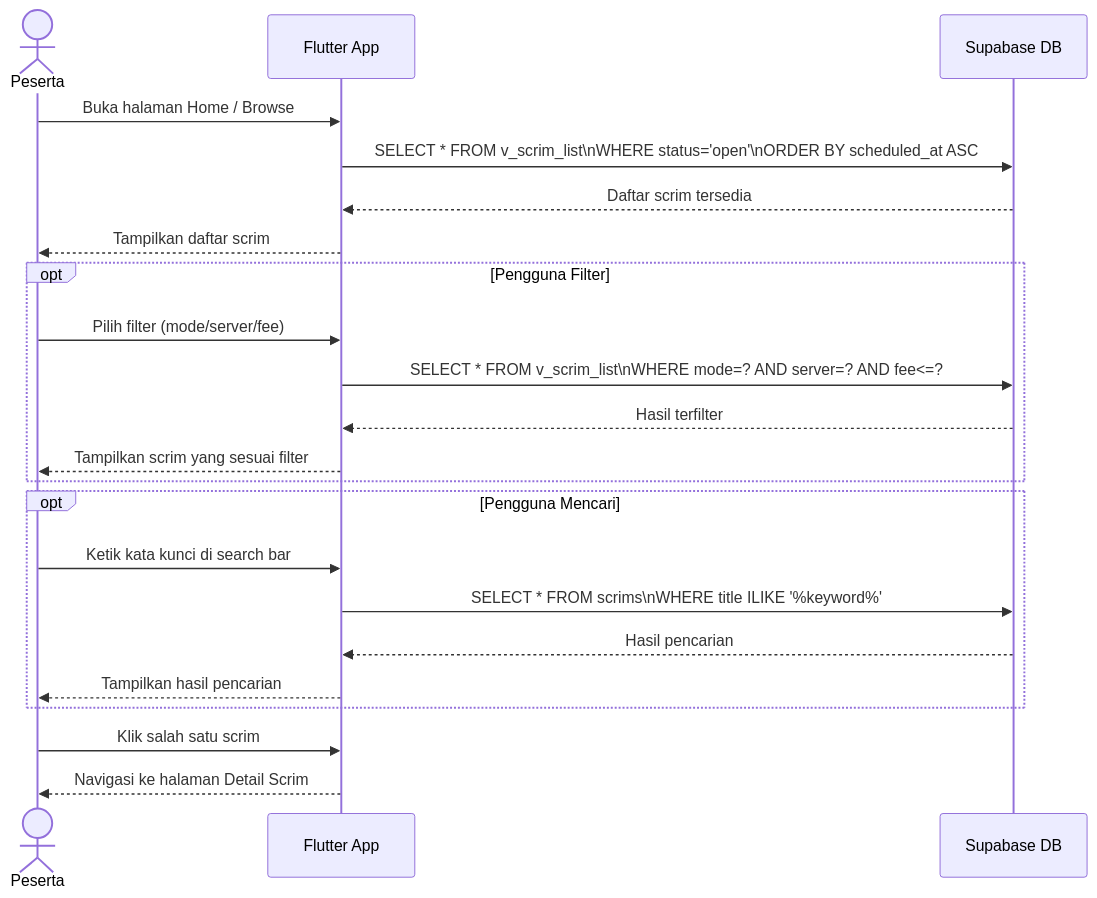
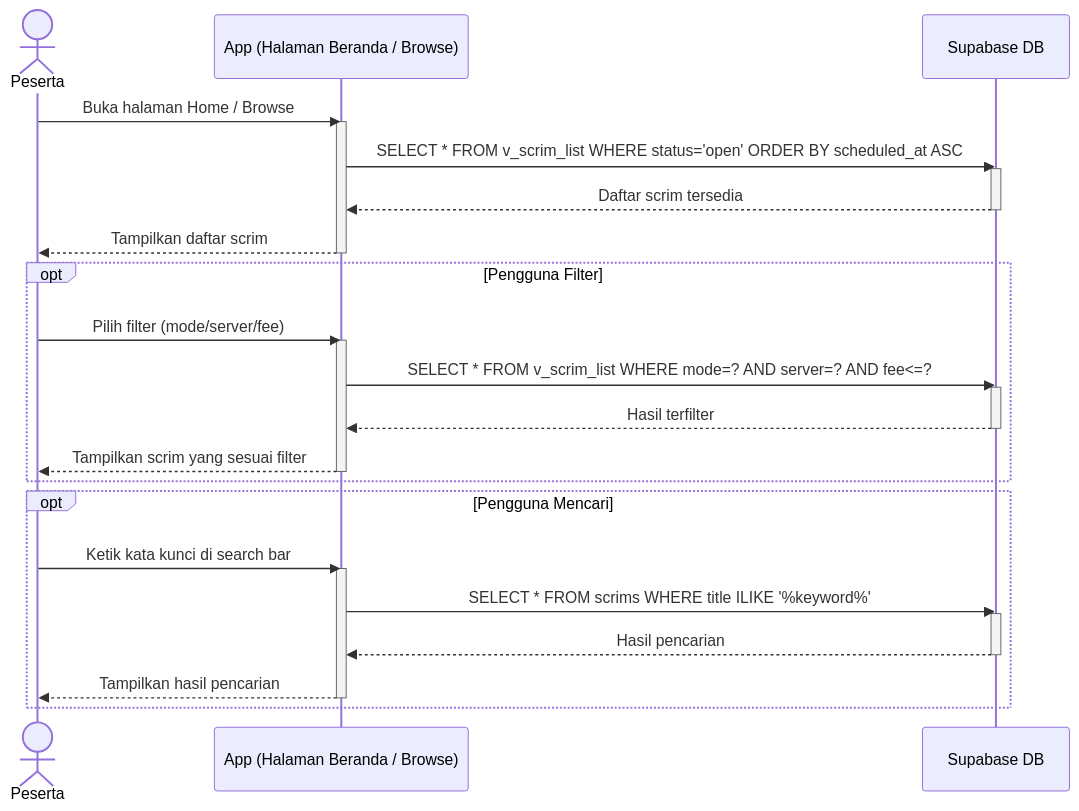
Before and after one commit to yosima050/booyahhub: diagram 25 of 47 in DOKUMENTASI.md, drawn with Mermaid. The commit also changed other lines of this file, not shown here.

Commit message:
docs: update user flow documentation with expanded process steps and refined sequence diagrams

````diff
--- a/DOKUMENTASI.md
+++ b/DOKUMENTASI.md
@@ -879,28 +915,37 @@
 ```mermaid
 sequenceDiagram
     actor Peserta
-    participant App as Flutter App
+    participant App as App (Halaman Beranda / Browse)
     participant DB as Supabase DB
 
     Peserta->>App: Buka halaman Home / Browse
-    App->>DB: SELECT * FROM v_scrim_list\nWHERE status='open'\nORDER BY scheduled_at ASC
+    activate App
+    App->>DB: SELECT * FROM v_scrim_list WHERE status='open' ORDER BY scheduled_at ASC
+    activate DB
     DB-->>App: Daftar scrim tersedia
+    deactivate DB
     App-->>Peserta: Tampilkan daftar scrim
+    deactivate App
 
     opt Pengguna Filter
         Peserta->>App: Pilih filter (mode/server/fee)
-        App->>DB: SELECT * FROM v_scrim_list\nWHERE mode=? AND server=? AND fee<=?
+        activate App
+        App->>DB: SELECT * FROM v_scrim_list WHERE mode=? AND server=? AND fee<=?
+        activate DB
         DB-->>App: Hasil terfilter
+        deactivate DB
         App-->>Peserta: Tampilkan scrim yang sesuai filter
+        deactivate App
     end
 
     opt Pengguna Mencari
         Peserta->>App: Ketik kata kunci di search bar
-        App->>DB: SELECT * FROM scrims\nWHERE title ILIKE '%keyword%'
+        activate App
+        App->>DB: SELECT * FROM scrims WHERE title ILIKE '%keyword%'
+        activate DB
         DB-->>App: Hasil pencarian
+        deactivate DB
         App-->>Peserta: Tampilkan hasil pencarian
+        deactivate App
     end
-
-    Peserta->>App: Klik salah satu scrim
-    App-->>Peserta: Navigasi ke halaman Detail Scrim
 ```
````
